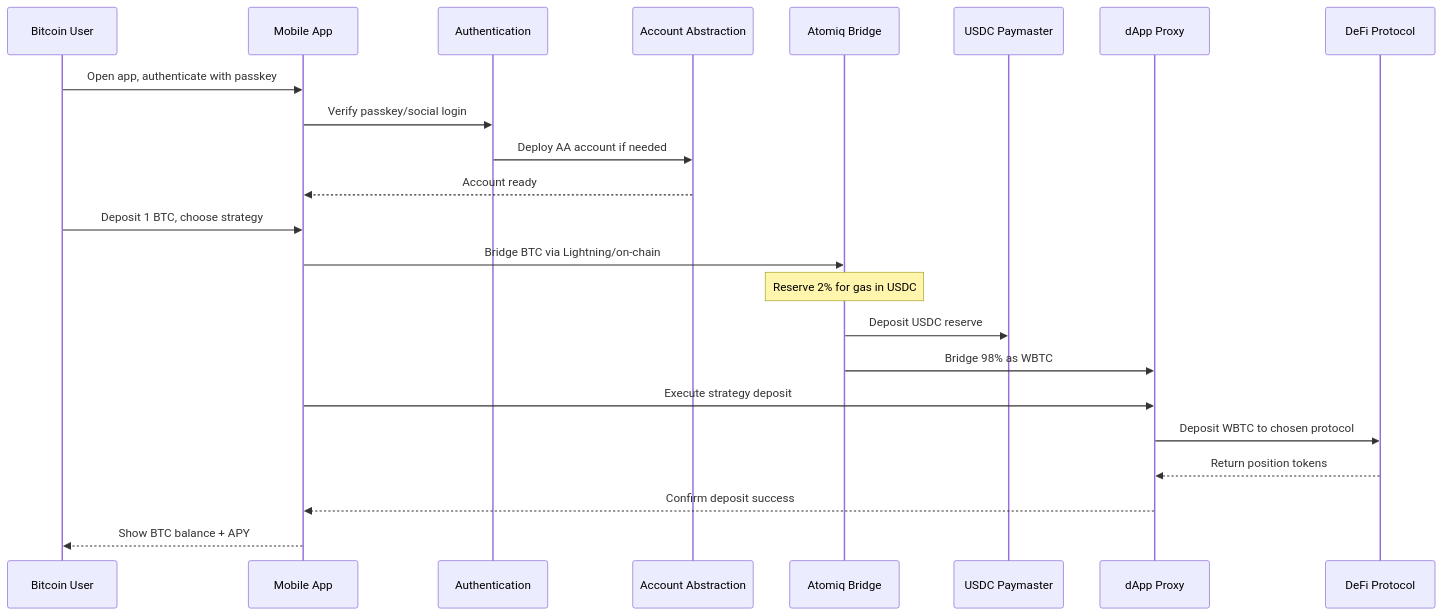
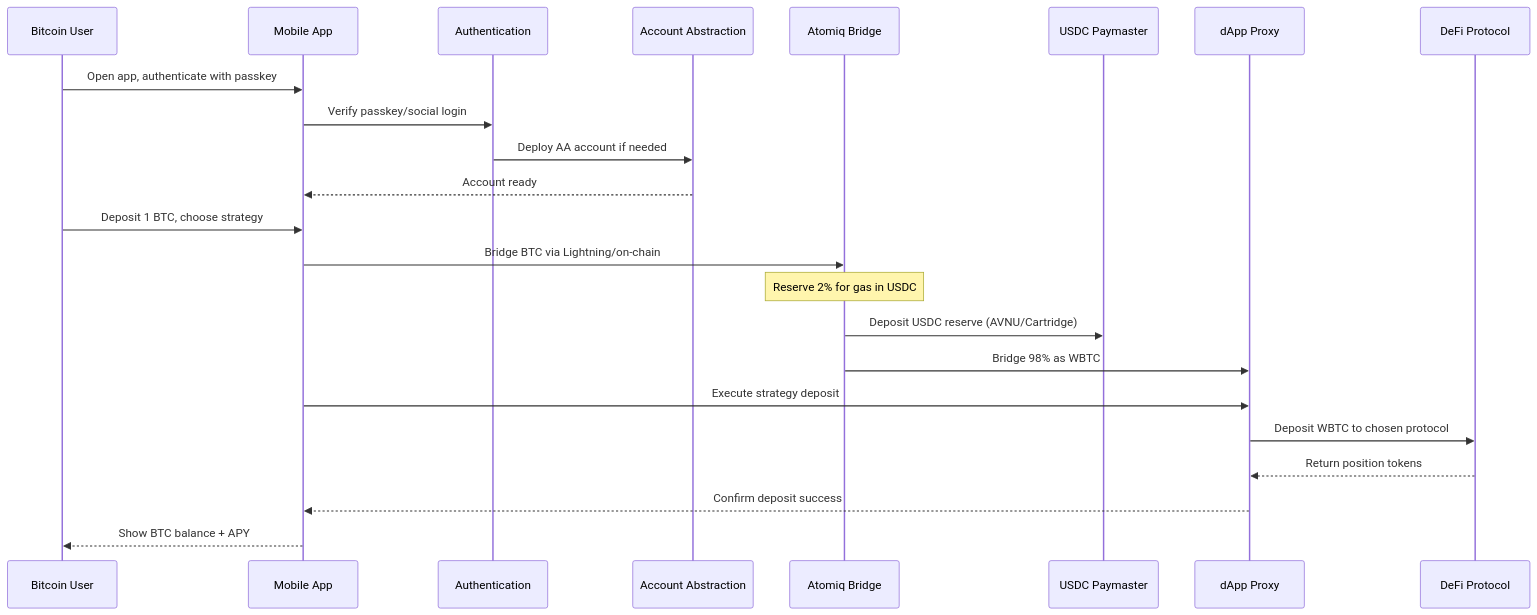
The second of 2 diagrams in README.md (Vib-UX/UnleashBTC), drawn with Mermaid before and after one commit. The commit also changed other lines of this file, not shown here.

First line of the commit message:
docs: Enhance paymaster architecture documentation

````diff
--- a/README.md
+++ b/README.md
@@ -91,30 +91,30 @@
 ```mermaid
 sequenceDiagram
     participant User as Bitcoin User
     participant Mobile as Mobile App
     participant Auth as Authentication
     participant AA as Account Abstraction
     participant Atomiq as Atomiq Bridge
     participant Paymaster as USDC Paymaster
     participant Proxy as dApp Proxy
     participant Protocol as DeFi Protocol
 
     User->>Mobile: Open app, authenticate with passkey
     Mobile->>Auth: Verify passkey/social login
     Auth->>AA: Deploy AA account if needed
     AA-->>Mobile: Account ready
 
     User->>Mobile: Deposit 1 BTC, choose strategy
     Mobile->>Atomiq: Bridge BTC via Lightning/on-chain
 
     Note over Atomiq: Reserve 2% for gas in USDC
-    Atomiq->>Paymaster: Deposit USDC reserve
+    Atomiq->>Paymaster: Deposit USDC reserve (AVNU/Cartridge)
     Atomiq->>Proxy: Bridge 98% as WBTC
 
     Mobile->>Proxy: Execute strategy deposit
     Proxy->>Protocol: Deposit WBTC to chosen protocol
     Protocol-->>Proxy: Return position tokens
     Proxy-->>Mobile: Confirm deposit success
 
     Mobile-->>User: Show BTC balance + APY
 ```
````
